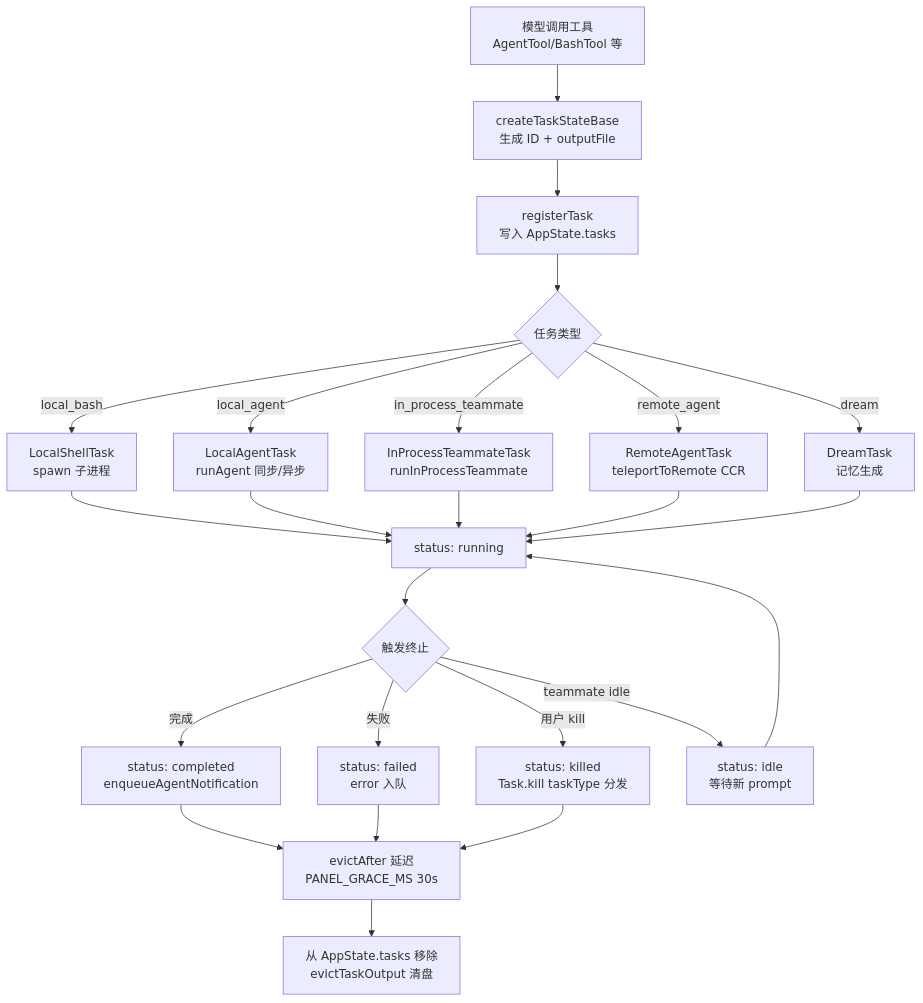
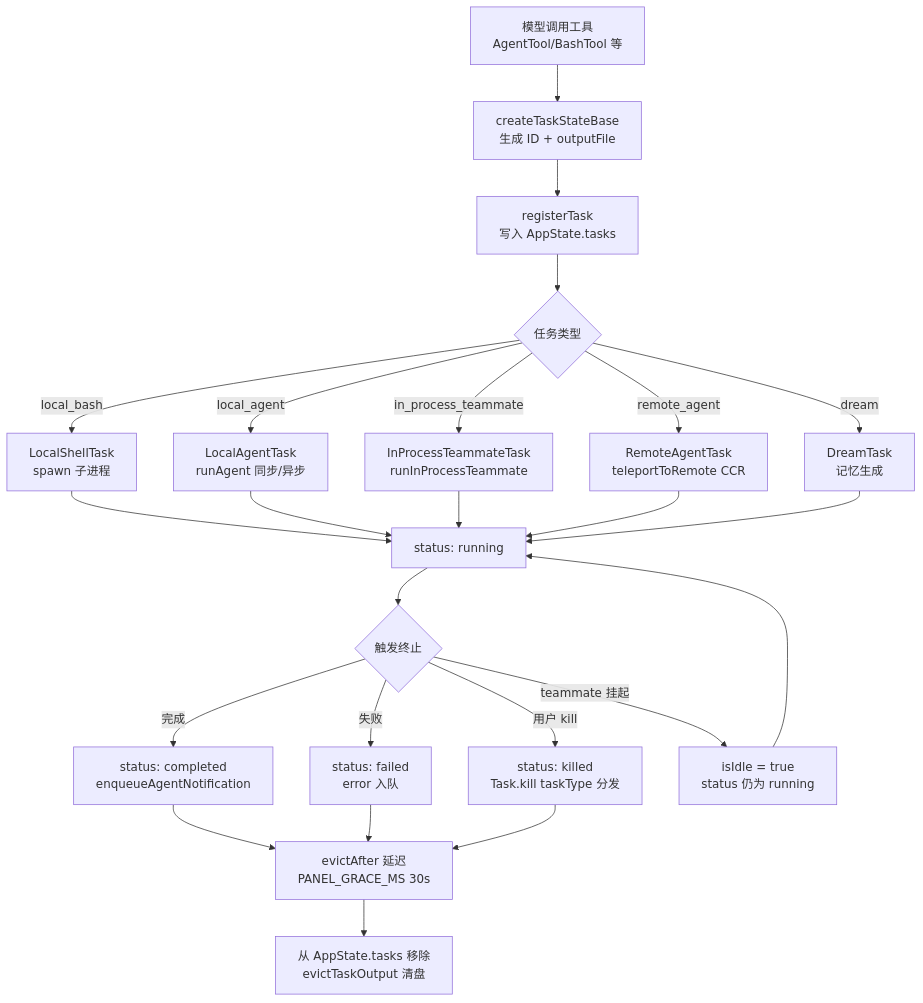
The second of 2 diagrams in claudecode/05-agents.md (Shakl0ne/agentsrc), drawn with Mermaid before and after one commit. The commit also changed other lines of this file and 32 other files, not shown here.

Commit message:
docs(claudecode): restructure series to 8 chapters, rewrite ch3-ch8 with hand-drawn SVG diagrams

````diff
--- a/claudecode/05-agents.md
+++ b/claudecode/05-agents.md
@@ -772,26 +476,26 @@
 ```mermaid
 flowchart TD
     A[模型调用工具<br/>AgentTool/BashTool 等] --> B[createTaskStateBase<br/>生成 ID + outputFile]
     B --> C[registerTask<br/>写入 AppState.tasks]
     C --> D{任务类型}
     D -->|local_bash| E1[LocalShellTask<br/>spawn 子进程]
     D -->|local_agent| E2[LocalAgentTask<br/>runAgent 同步/异步]
     D -->|in_process_teammate| E3[InProcessTeammateTask<br/>runInProcessTeammate]
     D -->|remote_agent| E4[RemoteAgentTask<br/>teleportToRemote CCR]
     D -->|dream| E5[DreamTask<br/>记忆生成]
     E1 --> F[status: running]
     E2 --> F
     E3 --> F
     E4 --> F
     E5 --> F
     F --> G{触发终止}
     G -->|完成| H1[status: completed<br/>enqueueAgentNotification]
     G -->|失败| H2[status: failed<br/>error 入队]
     G -->|用户 kill| H3[status: killed<br/>Task.kill taskType 分发]
-    G -->|teammate idle| I[status: idle<br/>等待新 prompt]
+    G -->|teammate 挂起| I[isIdle = true<br/>status 仍为 running]
     I --> F
     H1 --> J[evictAfter 延迟<br/>PANEL_GRACE_MS 30s]
     H2 --> J
     H3 --> J
     J --> K[从 AppState.tasks 移除<br/>evictTaskOutput 清盘]
 ```
````
